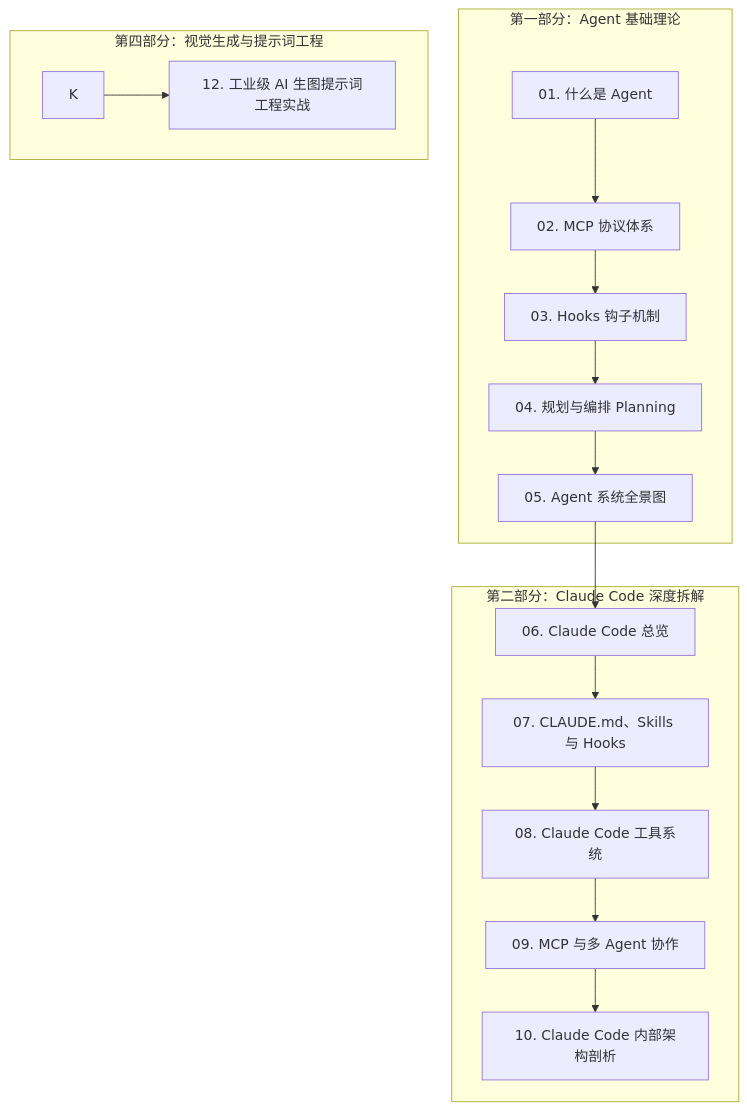
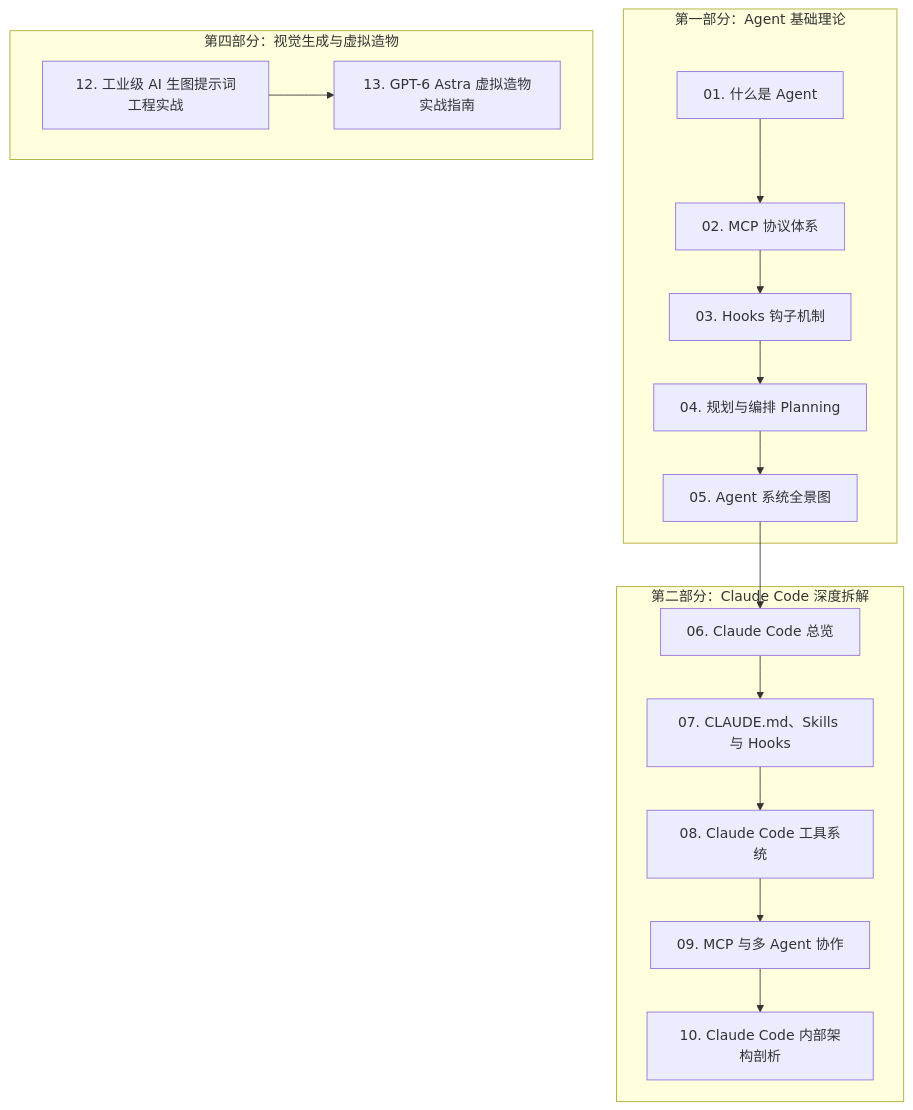
One commit to youngxuesong/dev-notes changed the diagram in docs/ai/index.md. Above: the diagram before and after it, drawn with Mermaid. The commit also changed 7 other files, not shown here.

Commit message:
docs(ai): unify article numbering (11-13) and align Mermaid diagram in index

````diff
--- a/docs/ai/index.md
+++ b/docs/ai/index.md
@@ -12,21 +12,21 @@
 ```mermaid
 graph TD
     subgraph Agent_Theory [第一部分：Agent 基础理论]
         A[01. 什么是 Agent] --> B[02. MCP 协议体系]
         B --> C[03. Hooks 钩子机制]
         C --> D[04. 规划与编排 Planning]
         D --> E[05. Agent 系统全景图]
     end
 
     subgraph Claude_Code_Architecture [第二部分：Claude Code 深度拆解]
         E --> F[06. Claude Code 总览]
         F --> G[07. CLAUDE.md、Skills 与 Hooks]
         G --> H[08. Claude Code 工具系统]
         H --> I[09. MCP 与多 Agent 协作]
         I --> J[10. Claude Code 内部架构剖析]
     end
 
-    subgraph Vision_Engineering [第四部分：视觉生成与提示词工程]
-        K --> L[12. 工业级 AI 生图提示词工程实战]
+    subgraph Vision_Engineering [第四部分：视觉生成与虚拟造物]
+        K[12. 工业级 AI 生图提示词工程实战] --> L[13. GPT-6 Astra 虚拟造物实战指南]
     end
 ```
````
